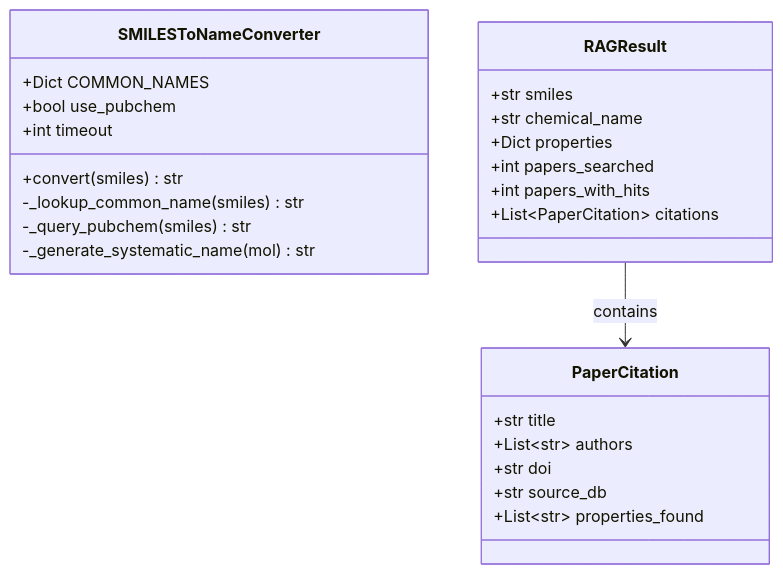
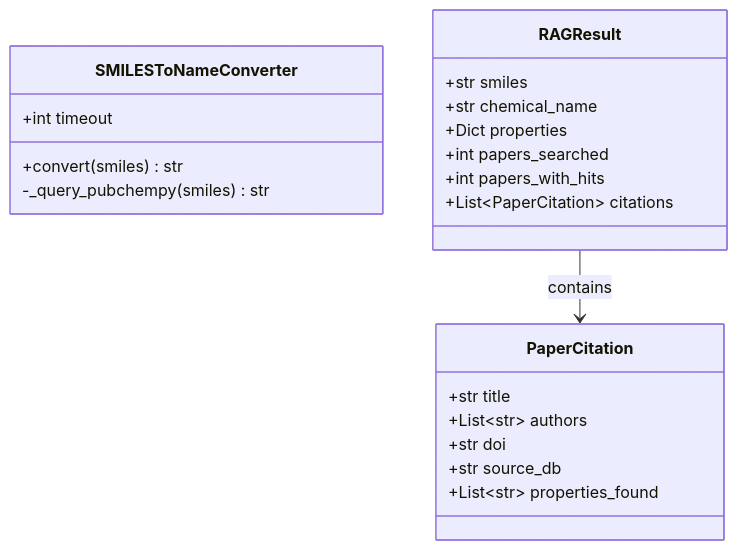
Before and after one commit to josefberman/EnergeticGraph: diagram 12 of 19 in docs/system_design.md, drawn with Mermaid. The commit also changed other lines of this file and 3 other files, not shown here.

Commit message:
refactor: Remove PubChem API usage from RAGConfig and related modules; update SMILES-to-name conversion to exclusively use PubChemPy, simplifying the conversion process and documentation for clarity.

````diff
--- a/docs/system_design.md
+++ b/docs/system_design.md
@@ -585,31 +582,27 @@
 ```mermaid
 classDiagram
     class SMILESToNameConverter {
-        +Dict COMMON_NAMES
-        +bool use_pubchem
         +int timeout
         +convert(smiles) str
-        -_lookup_common_name(smiles) str
-        -_query_pubchem(smiles) str
-        -_generate_systematic_name(mol) str
+        -_query_pubchempy(smiles) str
     }
     
     class PaperCitation {
         +str title
         +List~str~ authors
         +str doi
         +str source_db
         +List~str~ properties_found
     }
     
     class RAGResult {
         +str smiles
         +str chemical_name
         +Dict properties
         +int papers_searched
         +int papers_with_hits
         +List~PaperCitation~ citations
     }
     
     RAGResult --> PaperCitation : contains
 ```
````
